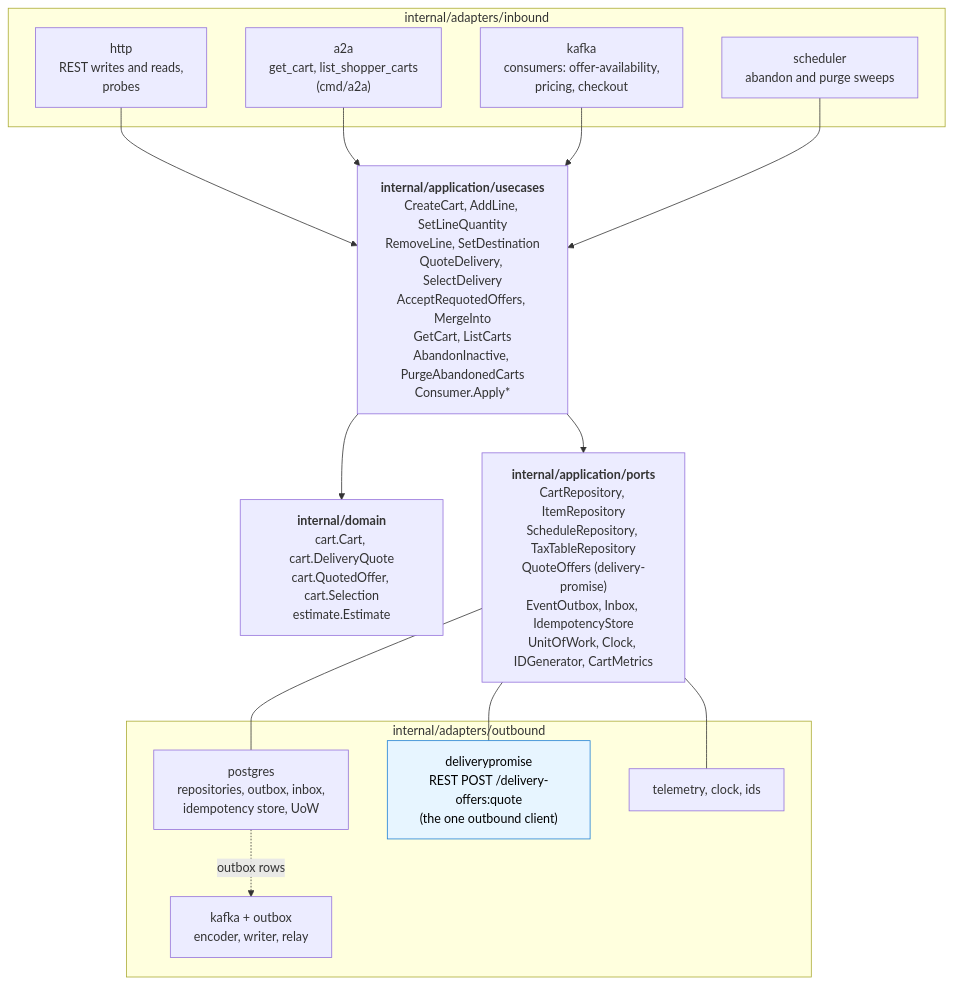
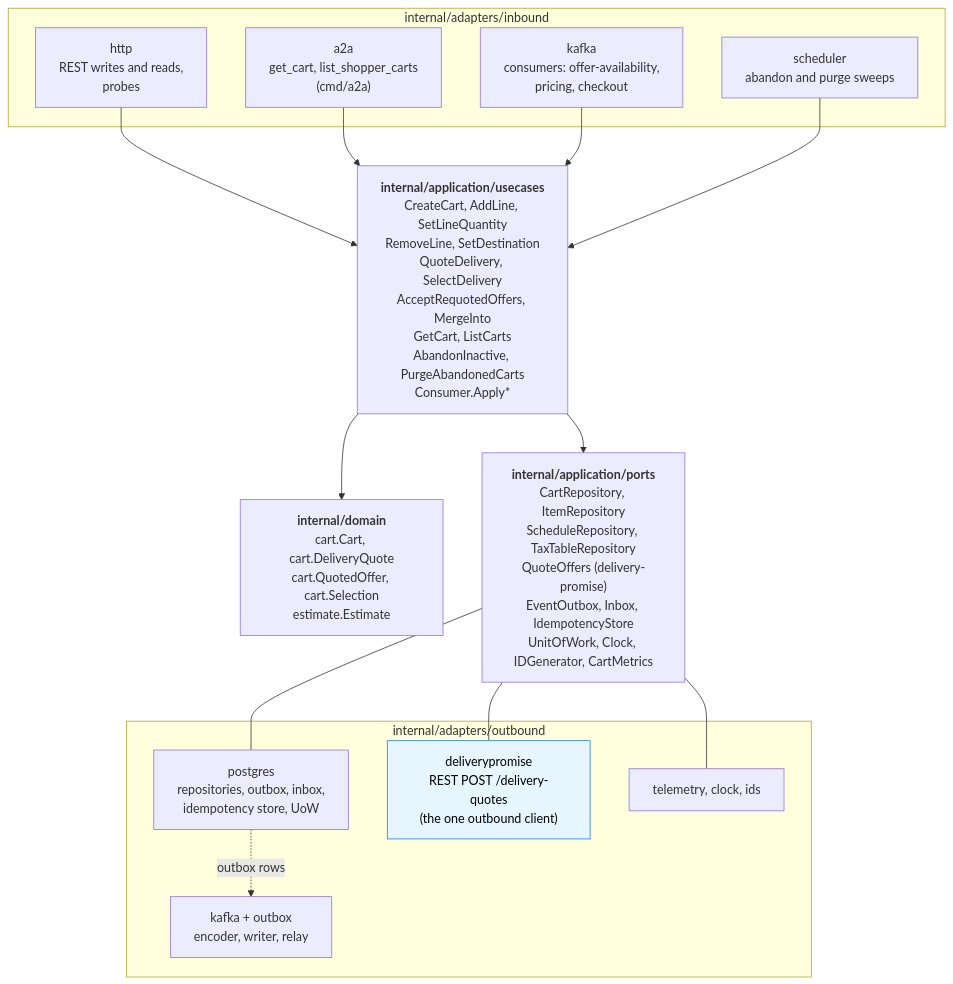
The fourth of 4 diagrams in docs/docs/ddd/class-diagram.md (IQVO/shopping-cart), drawn with Mermaid before and after one commit. The commit also changed 14 other files, not shown here.

First line of the commit message:
docs(shopping-cart): use the ADR 0008 route names in every page and diagram

````diff
--- a/docs/docs/ddd/class-diagram.md
+++ b/docs/docs/ddd/class-diagram.md
@@ -236,31 +236,31 @@
 ```mermaid
 flowchart TB
     subgraph IN["internal/adapters/inbound"]
         HTTP["http<br/>REST writes and reads,<br/>probes"]
         A2A["a2a<br/>get_cart, list_shopper_carts<br/>(cmd/a2a)"]
         KC["kafka<br/>consumers: offer-availability,<br/>pricing, checkout"]
         SCH["scheduler<br/>abandon and purge sweeps"]
     end
     APP["<b>internal/application/usecases</b><br/>CreateCart, AddLine, SetLineQuantity<br/>RemoveLine, SetDestination<br/>QuoteDelivery, SelectDelivery<br/>AcceptRequotedOffers, MergeInto<br/>GetCart, ListCarts<br/>AbandonInactive, PurgeAbandonedCarts<br/>Consumer.Apply*"]
     DOM["<b>internal/domain</b><br/>cart.Cart, cart.DeliveryQuote<br/>cart.QuotedOffer, cart.Selection<br/>estimate.Estimate"]
     PORTS["<b>internal/application/ports</b><br/>CartRepository, ItemRepository<br/>ScheduleRepository, TaxTableRepository<br/>QuoteOffers (delivery-promise)<br/>EventOutbox, Inbox, IdempotencyStore<br/>UnitOfWork, Clock, IDGenerator, CartMetrics"]
     subgraph OUT["internal/adapters/outbound"]
         A1["postgres<br/>repositories, outbox, inbox,<br/>idempotency store, UoW"]
         A2["kafka + outbox<br/>encoder, writer, relay"]
-        A3["deliverypromise<br/>REST POST /delivery-offers:quote<br/>(the one outbound client)"]
+        A3["deliverypromise<br/>REST POST /delivery-quotes<br/>(the one outbound client)"]
         A4["telemetry, clock, ids"]
     end
     HTTP --> APP
     A2A --> APP
     KC --> APP
     SCH --> APP
     APP --> DOM
     APP --> PORTS
     PORTS --- A1
     PORTS --- A3
     PORTS --- A4
     A1 -. outbox rows .-> A2
 
     classDef outblue fill:#e7f5ff,stroke:#1c7ed6,color:#000
     class A3 outblue
 ```
````
